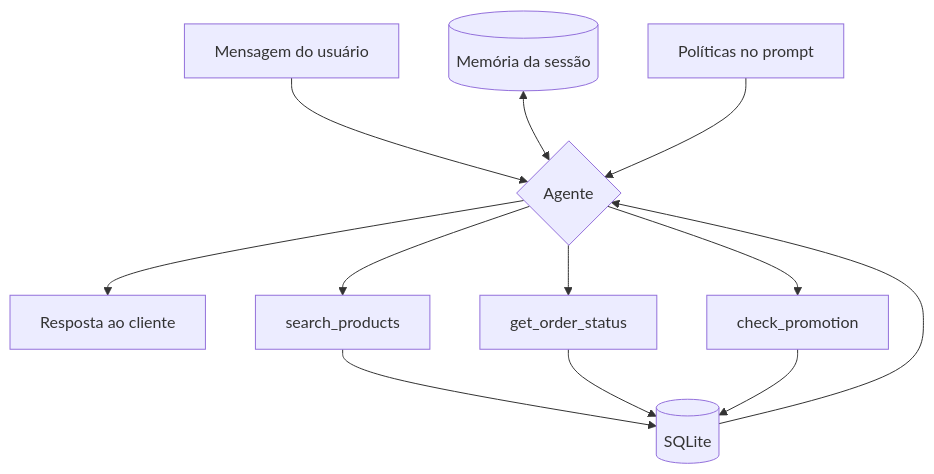
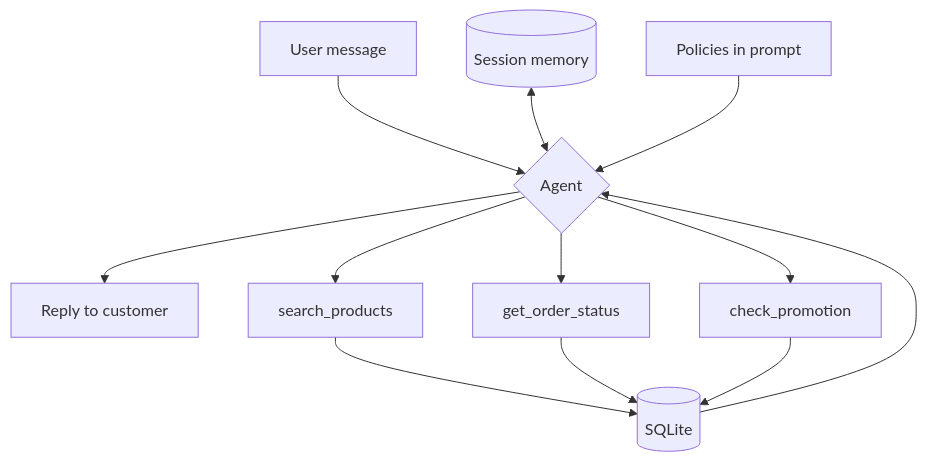
The diagram in README.md (maysaraujo/emporio-agente), drawn with Mermaid before and after one commit. The commit also changed other lines of this file, not shown here.

````diff
--- a/README.md
+++ b/README.md
@@ -7,18 +7,18 @@
 ```mermaid
 flowchart TD
-    MSG[Mensagem do usuário] --> AG{Agente}
-    MEM[(Memória da sessão)] <--> AG
-    POL[Políticas no prompt] --> AG
+    MSG[User message] --> AG{Agent}
+    MEM[(Session memory)] <--> AG
+    POL[Policies in prompt] --> AG
 
-    AG --> RESP[Resposta ao cliente]
+    AG --> RESP[Reply to customer]
 
     AG --> T1[search_products]
     AG --> T2[get_order_status]
     AG --> T3[check_promotion]
 
     T1 --> DB[(SQLite)]
     T2 --> DB
     T3 --> DB
 
     DB --> AG
 ```
````
